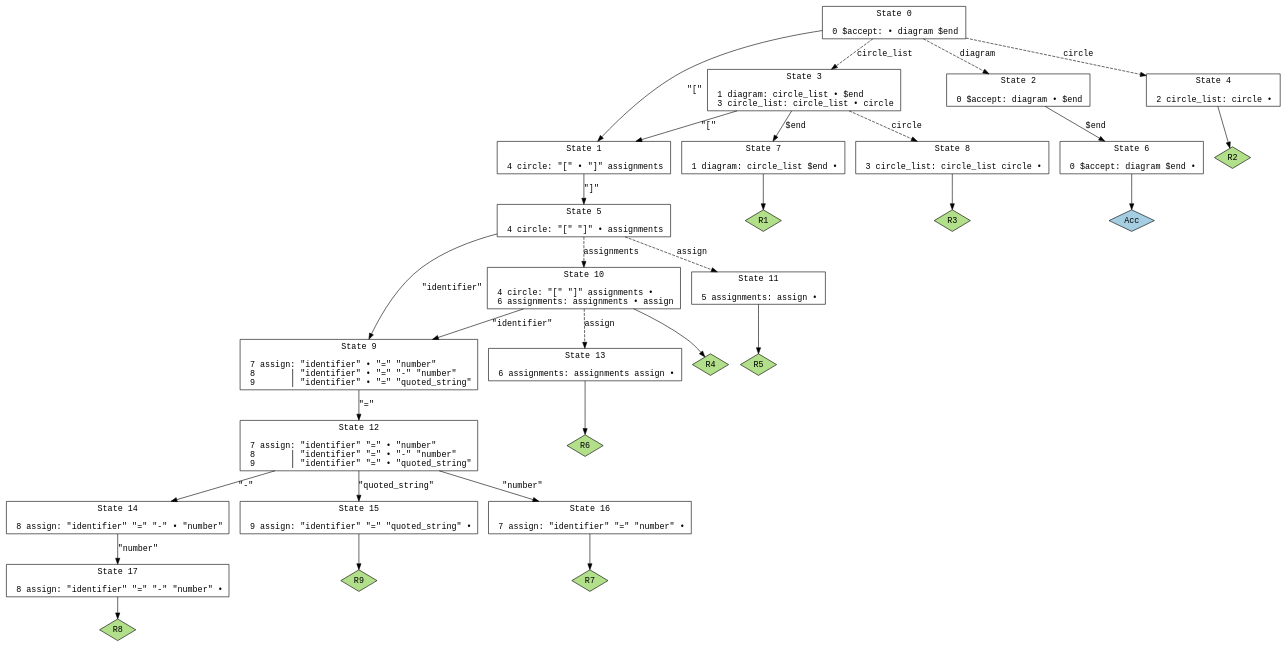
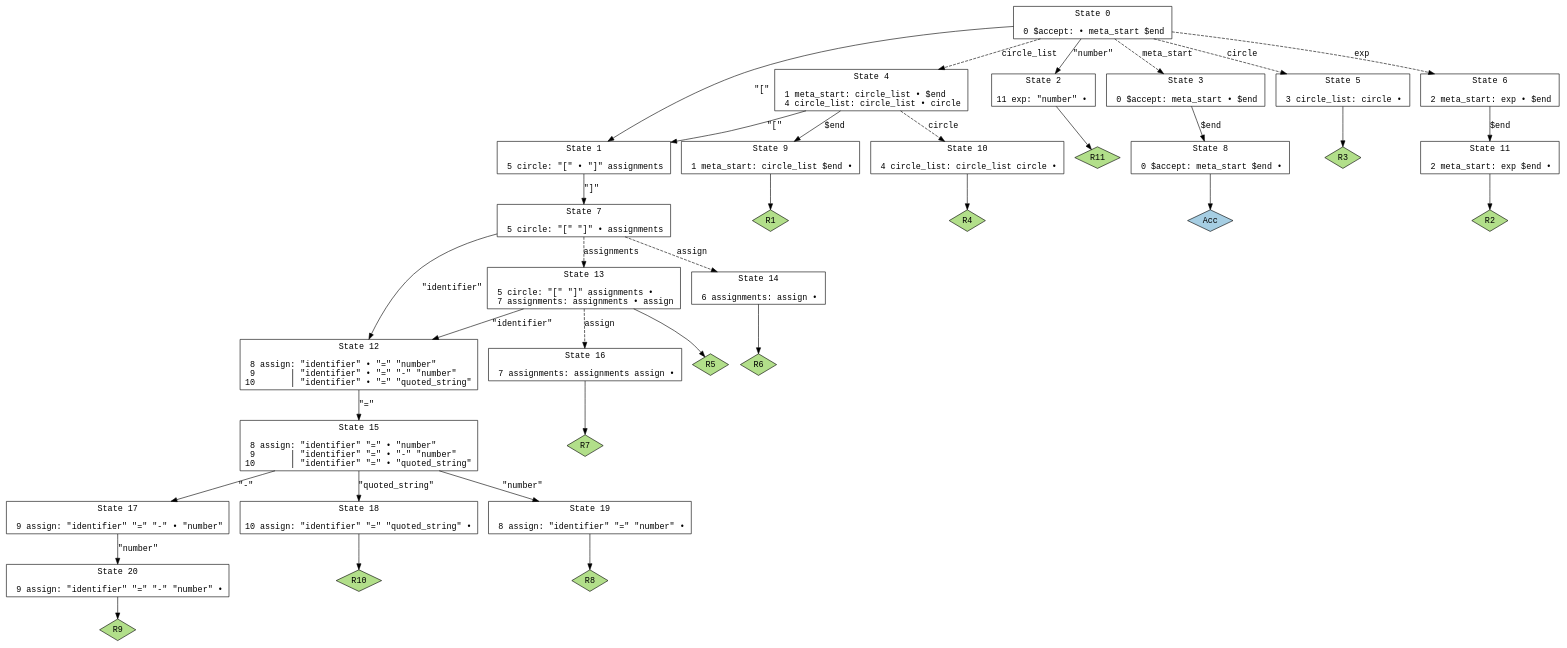
Before and after one commit to mahlenmorris/VCVRack: the diagram in src/parser-venn/parser.gv, drawn with Graphviz. The commit also changed 9 other files, not shown here.

```diff
--- a/src/parser-venn/parser.gv
+++ b/src/parser-venn/parser.gv
@@ -1,67 +1,77 @@
 // Generated by GNU Bison 3.8.2.
 // Report bugs to <bug-bison@gnu.org>.
 // Home page: <https://www.gnu.org/software/bison/>.
 
 digraph "parser.yy"
 {
   node [fontname = courier, shape = box, colorscheme = paired6]
   edge [fontname = courier]
 
-  0 [label="State 0\n\l  0 $accept: • diagram $end\l"]
+  0 [label="State 0\n\l  0 $accept: • meta_start $end\l"]
   0 -> 1 [style=solid label="\"[\""]
-  0 -> 2 [style=dashed label="diagram"]
-  0 -> 3 [style=dashed label="circle_list"]
-  0 -> 4 [style=dashed label="circle"]
-  1 [label="State 1\n\l  4 circle: \"[\" • \"]\" assignments\l"]
-  1 -> 5 [style=solid label="\"]\""]
-  2 [label="State 2\n\l  0 $accept: diagram • $end\l"]
-  2 -> 6 [style=solid label="$end"]
-  3 [label="State 3\n\l  1 diagram: circle_list • $end\l  3 circle_list: circle_list • circle\l"]
-  3 -> 7 [style=solid label="$end"]
-  3 -> 1 [style=solid label="\"[\""]
-  3 -> 8 [style=dashed label="circle"]
-  4 [label="State 4\n\l  2 circle_list: circle •\l"]
-  4 -> "4R2" [style=solid]
- "4R2" [label="R2", fillcolor=3, shape=diamond, style=filled]
-  5 [label="State 5\n\l  4 circle: \"[\" \"]\" • assignments\l"]
-  5 -> 9 [style=solid label="\"identifier\""]
-  5 -> 10 [style=dashed label="assignments"]
-  5 -> 11 [style=dashed label="assign"]
-  6 [label="State 6\n\l  0 $accept: diagram $end •\l"]
-  6 -> "6R0" [style=solid]
- "6R0" [label="Acc", fillcolor=1, shape=diamond, style=filled]
-  7 [label="State 7\n\l  1 diagram: circle_list $end •\l"]
-  7 -> "7R1" [style=solid]
- "7R1" [label="R1", fillcolor=3, shape=diamond, style=filled]
-  8 [label="State 8\n\l  3 circle_list: circle_list circle •\l"]
-  8 -> "8R3" [style=solid]
- "8R3" [label="R3", fillcolor=3, shape=diamond, style=filled]
-  9 [label="State 9\n\l  7 assign: \"identifier\" • \"=\" \"number\"\l  8       | \"identifier\" • \"=\" \"-\" \"number\"\l  9       | \"identifier\" • \"=\" \"quoted_string\"\l"]
-  9 -> 12 [style=solid label="\"=\""]
-  10 [label="State 10\n\l  4 circle: \"[\" \"]\" assignments •\l  6 assignments: assignments • assign\l"]
-  10 -> 9 [style=solid label="\"identifier\""]
-  10 -> 13 [style=dashed label="assign"]
+  0 -> 2 [style=solid label="\"number\""]
+  0 -> 3 [style=dashed label="meta_start"]
+  0 -> 4 [style=dashed label="circle_list"]
+  0 -> 5 [style=dashed label="circle"]
+  0 -> 6 [style=dashed label="exp"]
+  1 [label="State 1\n\l  5 circle: \"[\" • \"]\" assignments\l"]
+  1 -> 7 [style=solid label="\"]\""]
+  2 [label="State 2\n\l 11 exp: \"number\" •\l"]
+  2 -> "2R11" [style=solid]
+ "2R11" [label="R11", fillcolor=3, shape=diamond, style=filled]
+  3 [label="State 3\n\l  0 $accept: meta_start • $end\l"]
+  3 -> 8 [style=solid label="$end"]
+  4 [label="State 4\n\l  1 meta_start: circle_list • $end\l  4 circle_list: circle_list • circle\l"]
+  4 -> 9 [style=solid label="$end"]
+  4 -> 1 [style=solid label="\"[\""]
+  4 -> 10 [style=dashed label="circle"]
+  5 [label="State 5\n\l  3 circle_list: circle •\l"]
+  5 -> "5R3" [style=solid]
+ "5R3" [label="R3", fillcolor=3, shape=diamond, style=filled]
+  6 [label="State 6\n\l  2 meta_start: exp • $end\l"]
+  6 -> 11 [style=solid label="$end"]
+  7 [label="State 7\n\l  5 circle: \"[\" \"]\" • assignments\l"]
+  7 -> 12 [style=solid label="\"identifier\""]
+  7 -> 13 [style=dashed label="assignments"]
+  7 -> 14 [style=dashed label="assign"]
+  8 [label="State 8\n\l  0 $accept: meta_start $end •\l"]
+  8 -> "8R0" [style=solid]
+ "8R0" [label="Acc", fillcolor=1, shape=diamond, style=filled]
+  9 [label="State 9\n\l  1 meta_start: circle_list $end •\l"]
+  9 -> "9R1" [style=solid]
+ "9R1" [label="R1", fillcolor=3, shape=diamond, style=filled]
+  10 [label="State 10\n\l  4 circle_list: circle_list circle •\l"]
   10 -> "10R4" [style=solid]
  "10R4" [label="R4", fillcolor=3, shape=diamond, style=filled]
-  11 [label="State 11\n\l  5 assignments: assign •\l"]
-  11 -> "11R5" [style=solid]
- "11R5" [label="R5", fillcolor=3, shape=diamond, style=filled]
-  12 [label="State 12\n\l  7 assign: \"identifier\" \"=\" • \"number\"\l  8       | \"identifier\" \"=\" • \"-\" \"number\"\l  9       | \"identifier\" \"=\" • \"quoted_string\"\l"]
-  12 -> 14 [style=solid label="\"-\""]
-  12 -> 15 [style=solid label="\"quoted_string\""]
-  12 -> 16 [style=solid label="\"number\""]
-  13 [label="State 13\n\l  6 assignments: assignments assign •\l"]
-  13 -> "13R6" [style=solid]
- "13R6" [label="R6", fillcolor=3, shape=diamond, style=filled]
-  14 [label="State 14\n\l  8 assign: \"identifier\" \"=\" \"-\" • \"number\"\l"]
-  14 -> 17 [style=solid label="\"number\""]
-  15 [label="State 15\n\l  9 assign: \"identifier\" \"=\" \"quoted_string\" •\l"]
-  15 -> "15R9" [style=solid]
- "15R9" [label="R9", fillcolor=3, shape=diamond, style=filled]
-  16 [label="State 16\n\l  7 assign: \"identifier\" \"=\" \"number\" •\l"]
+  11 [label="State 11\n\l  2 meta_start: exp $end •\l"]
+  11 -> "11R2" [style=solid]
+ "11R2" [label="R2", fillcolor=3, shape=diamond, style=filled]
+  12 [label="State 12\n\l  8 assign: \"identifier\" • \"=\" \"number\"\l  9       | \"identifier\" • \"=\" \"-\" \"number\"\l 10       | \"identifier\" • \"=\" \"quoted_string\"\l"]
+  12 -> 15 [style=solid label="\"=\""]
+  13 [label="State 13\n\l  5 circle: \"[\" \"]\" assignments •\l  7 assignments: assignments • assign\l"]
+  13 -> 12 [style=solid label="\"identifier\""]
+  13 -> 16 [style=dashed label="assign"]
+  13 -> "13R5" [style=solid]
+ "13R5" [label="R5", fillcolor=3, shape=diamond, style=filled]
+  14 [label="State 14\n\l  6 assignments: assign •\l"]
+  14 -> "14R6" [style=solid]
+ "14R6" [label="R6", fillcolor=3, shape=diamond, style=filled]
+  15 [label="State 15\n\l  8 assign: \"identifier\" \"=\" • \"number\"\l  9       | \"identifier\" \"=\" • \"-\" \"number\"\l 10       | \"identifier\" \"=\" • \"quoted_string\"\l"]
+  15 -> 17 [style=solid label="\"-\""]
+  15 -> 18 [style=solid label="\"quoted_string\""]
+  15 -> 19 [style=solid label="\"number\""]
+  16 [label="State 16\n\l  7 assignments: assignments assign •\l"]
   16 -> "16R7" [style=solid]
  "16R7" [label="R7", fillcolor=3, shape=diamond, style=filled]
-  17 [label="State 17\n\l  8 assign: \"identifier\" \"=\" \"-\" \"number\" •\l"]
-  17 -> "17R8" [style=solid]
- "17R8" [label="R8", fillcolor=3, shape=diamond, style=filled]
+  17 [label="State 17\n\l  9 assign: \"identifier\" \"=\" \"-\" • \"number\"\l"]
+  17 -> 20 [style=solid label="\"number\""]
+  18 [label="State 18\n\l 10 assign: \"identifier\" \"=\" \"quoted_string\" •\l"]
+  18 -> "18R10" [style=solid]
+ "18R10" [label="R10", fillcolor=3, shape=diamond, style=filled]
+  19 [label="State 19\n\l  8 assign: \"identifier\" \"=\" \"number\" •\l"]
+  19 -> "19R8" [style=solid]
+ "19R8" [label="R8", fillcolor=3, shape=diamond, style=filled]
+  20 [label="State 20\n\l  9 assign: \"identifier\" \"=\" \"-\" \"number\" •\l"]
+  20 -> "20R9" [style=solid]
+ "20R9" [label="R9", fillcolor=3, shape=diamond, style=filled]
 }
```
